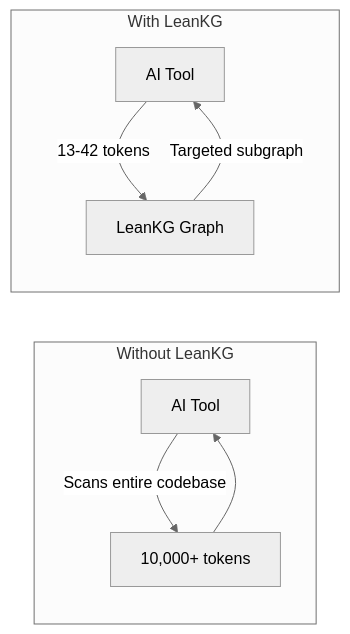
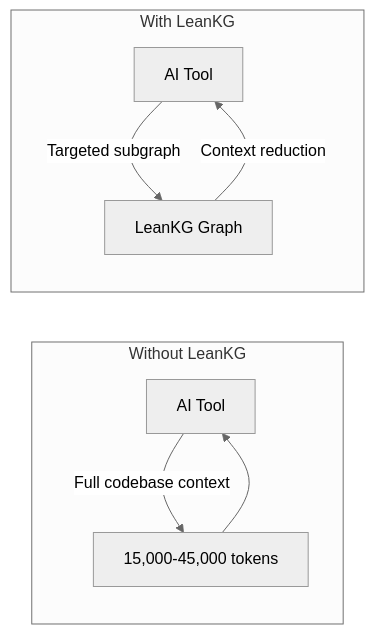
One commit to FreePeak/LeanKG changed the diagram in README.md. Above: the diagram before and after it, drawn with Mermaid (neutral theme). The commit also changed other lines of this file and 71 other files, not shown here.

````diff
--- a/README.md
+++ b/README.md
@@ -126,12 +126,12 @@
 ```mermaid
 graph LR
     subgraph "Without LeanKG"
-        A1[AI Tool] -->|Scans entire codebase| B1[10,000+ tokens]
+        A1[AI Tool] -->|Full codebase context| B1[15,000-45,000 tokens]
         B1 --> A1
     end
 
     subgraph "With LeanKG"
-        A2[AI Tool] -->|13-42 tokens| C[LeanKG Graph]
-        C -->|Targeted subgraph| A2
+        A2[AI Tool] -->|Targeted subgraph| C[LeanKG Graph]
+        C -->|Context reduction| A2
     end
 ```
````
